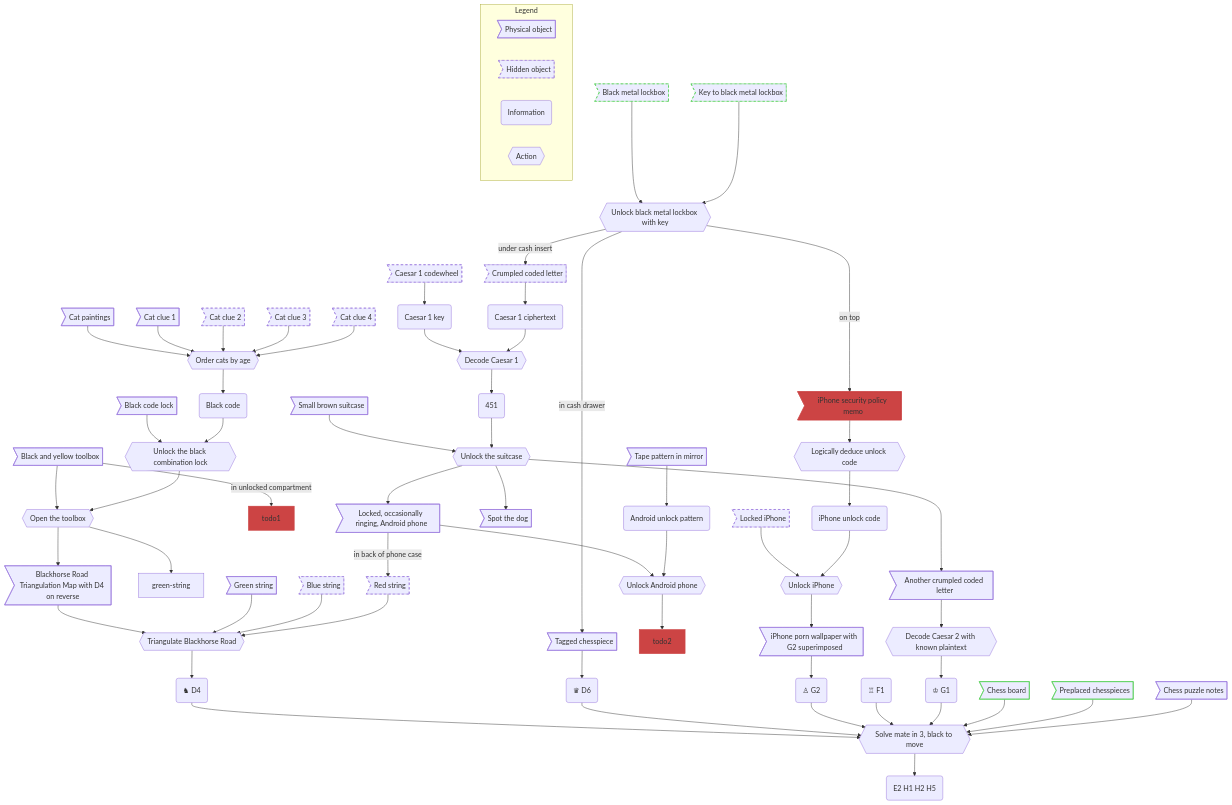
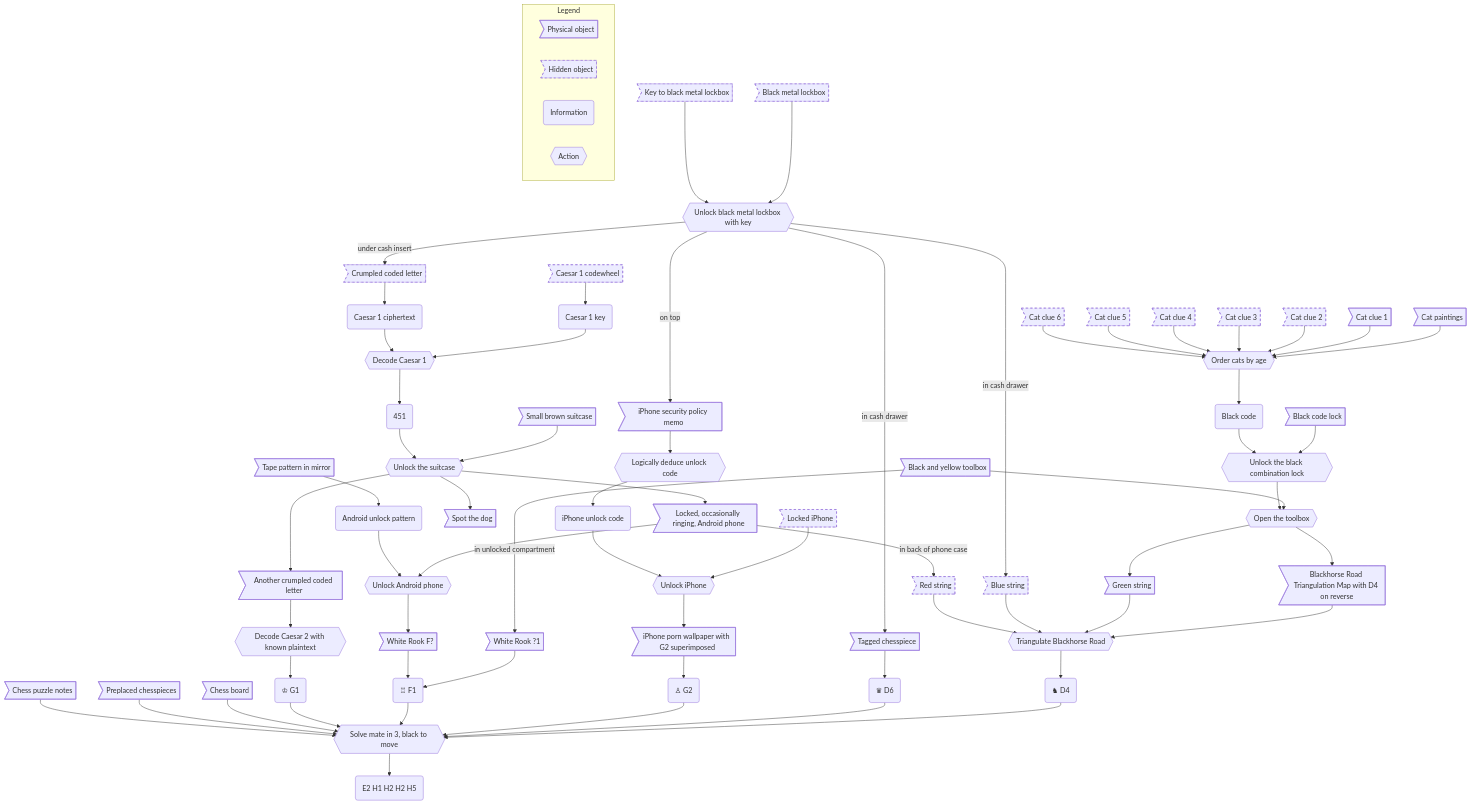
One commit to fitzgibbon/escape-rooms changed the diagram in ryan-and-zoe-hag/room.org. Above: the diagram before and after it, drawn with Mermaid. The commit also changed other lines of this file and 3 other files, not shown here.

Commit message:
iPhone code memo

```diff
--- a/ryan-and-zoe-hag/room.org
+++ b/ryan-and-zoe-hag/room.org
@@ -3,63 +3,59 @@
 #+begin_src mermaid :file flow.svg
 graph TD
     classDef hidden stroke-dasharray: 5 5
-    classDef todo stroke: #c44, fill: #c44    
 
     subgraph legend[Legend]
         legend-physical>Physical object]
         legend-hidden>Hidden object]:::hidden
         legend-information(Information)
         legend-action{{Action}}
     end
 
-    toolbox>Black and yellow toolbox] --> open-toolbox{{Open the toolbox}} --> map-with-blackhorse-road & green-string
+    toolbox>Black and yellow toolbox] --> open-toolbox{{Open the toolbox}} --> map-with-blackhorse-road & string-green
     black-lock>Black code lock] --> unlock-black-lock{{Unlock the black combination lock}} --> open-toolbox
     black-code(Black code) --> unlock-black-lock
-    toolbox -- in unlocked compartment --> todo1:::todo
+    toolbox -- in unlocked compartment --> piece-4-half-b>White Rook ?1] --> piece-4
 
     lockbox>Black metal lockbox]:::hidden --> unlock-lockbox{{Unlock black metal lockbox with key}} -- under cash insert --> caesar-1-letter
     lockbox-key>Key to black metal lockbox]:::hidden --> unlock-lockbox -- on top --> iphone-security-memo
-    unlock-lockbox -- in cash drawer --> chesspiece
+    unlock-lockbox -- in cash drawer --> chesspiece & string-blue
 
     suitcase>Small brown suitcase] & suitcase-code(451) --> unlock-suitcase{{Unlock the suitcase}} --> android & spot>Spot the dog] & caesar-2-letter
 
     piece-1("♞ D4") --> chess
     piece-2("♛ D6") --> chess
     piece-3("♙ G2") --> chess
     piece-4("♖ F1") --> chess
     piece-5("♔ G1") --> chess
-    chess{{Solve mate in 3, black to move}} --> chess-code(E2 H1 H2 H5)
+    chess{{Solve mate in 3, black to move}} --> chess-code(E2 H1 H2 H2 H5)
 
     chessboard>Chess board] & preplaced-chesspieces>Preplaced chesspieces] & chess-notes>Chess puzzle notes] --> chess
 
     chesspiece>Tagged chesspiece] --> piece-2
 
     iphone>Locked iPhone]:::hidden --> unlock-iphone{{Unlock iPhone}} --> iphone-wallpaper>iPhone porn wallpaper with G2 superimposed] --> piece-3
     iphone-unlock-code(iPhone unlock code) --> unlock-iphone
     iphone-security-memo>iPhone security policy memo] --> deduce-iphone-code{{Logically deduce unlock code}} --> iphone-unlock-code
 
-    android>Locked, occasionally ringing, Android phone] --> unlock-android{{Unlock Android phone}} --> todo2:::todo
+    android>Locked, occasionally ringing, Android phone] --> unlock-android{{Unlock Android phone}} --> piece-4-half-a>White Rook F?] --> piece-4
     mirrored-tape-pattern>Tape pattern in mirror] --> android-unlock-pattern(Android unlock pattern) --> unlock-android    
     android -- in back of phone case --> string-orange
 
     codewheel>Caesar 1 codewheel]:::hidden --> caesar-1-key(Caesar 1 key) --> decode-caesar-1{{Decode Caesar 1}}
     caesar-1-letter>Crumpled coded letter]:::hidden --> caesar-1-ciphertext(Caesar 1 ciphertext) --> decode-caesar-1 --> suitcase-code
 
     caesar-2-letter>Another crumpled coded letter] --> decode-caesar-2{{Decode Caesar 2 with known plaintext}} --> piece-5
 
     cat-paintings>Cat paintings] --> order-cats-by-age{{Order cats by age}} --> black-code
     cat-clue-1>Cat clue 1] --> order-cats-by-age
     cat-clue-2>Cat clue 2]:::hidden --> order-cats-by-age
     cat-clue-3>Cat clue 3]:::hidden --> order-cats-by-age
     cat-clue-4>Cat clue 4]:::hidden --> order-cats-by-age
+    cat-clue-5>Cat clue 5]:::hidden --> order-cats-by-age
+    cat-clue-6>Cat clue 6]:::hidden --> order-cats-by-age
 
     map-with-blackhorse-road>Blackhorse Road Triangulation Map with D4 on reverse] --> triangulate-blackhorse-road{{Triangulate Blackhorse Road}} --> piece-1
     string-green>Green string] --> triangulate-blackhorse-road    
     string-blue>Blue string]:::hidden --> triangulate-blackhorse-road
     string-orange>Red string]:::hidden --> triangulate-blackhorse-road
-
-    classDef done stroke: #4c4
-    class lockbox,lockbox-key,chessboard,preplaced-chesspieces done;
-
-    class iphone-security-memo todo;    
 #+end_src
```
